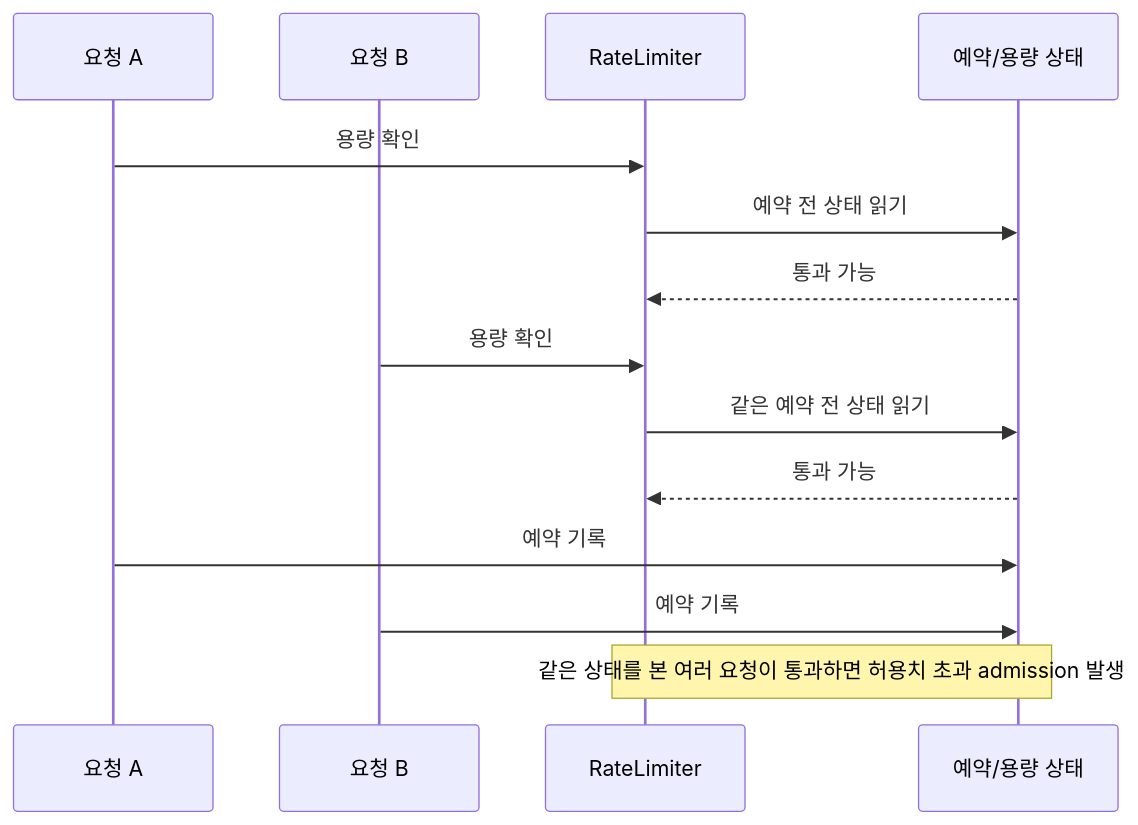
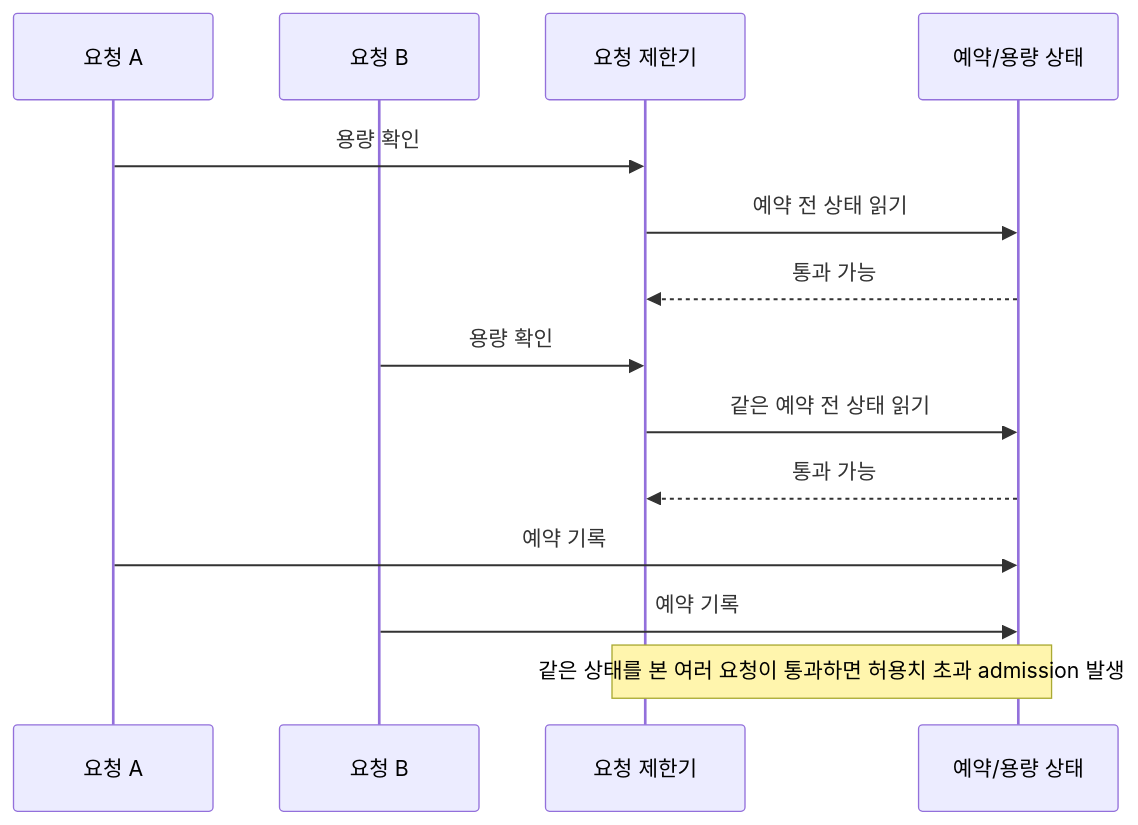
One commit to zmrdltl/portfolio changed the second of 4 diagrams in docs/experience/cluml.md. Above: the diagram before and after it, drawn with Mermaid. The commit also changed other lines of this file and 1 other file, not shown here.

````diff
--- a/docs/experience/cluml.md
+++ b/docs/experience/cluml.md
@@ -36,17 +36,17 @@
 ```mermaid
 sequenceDiagram
   participant A as 요청 A
   participant B as 요청 B
-  participant L as RateLimiter
+  participant L as 요청 제한기
   participant S as 예약/용량 상태
 
   A->>L: 용량 확인
   L->>S: 예약 전 상태 읽기
   S-->>L: 통과 가능
   B->>L: 용량 확인
   L->>S: 같은 예약 전 상태 읽기
   S-->>L: 통과 가능
   A->>S: 예약 기록
   B->>S: 예약 기록
   Note over L,S: 같은 상태를 본 여러 요청이 통과하면 허용치 초과 admission 발생
 ```
````
